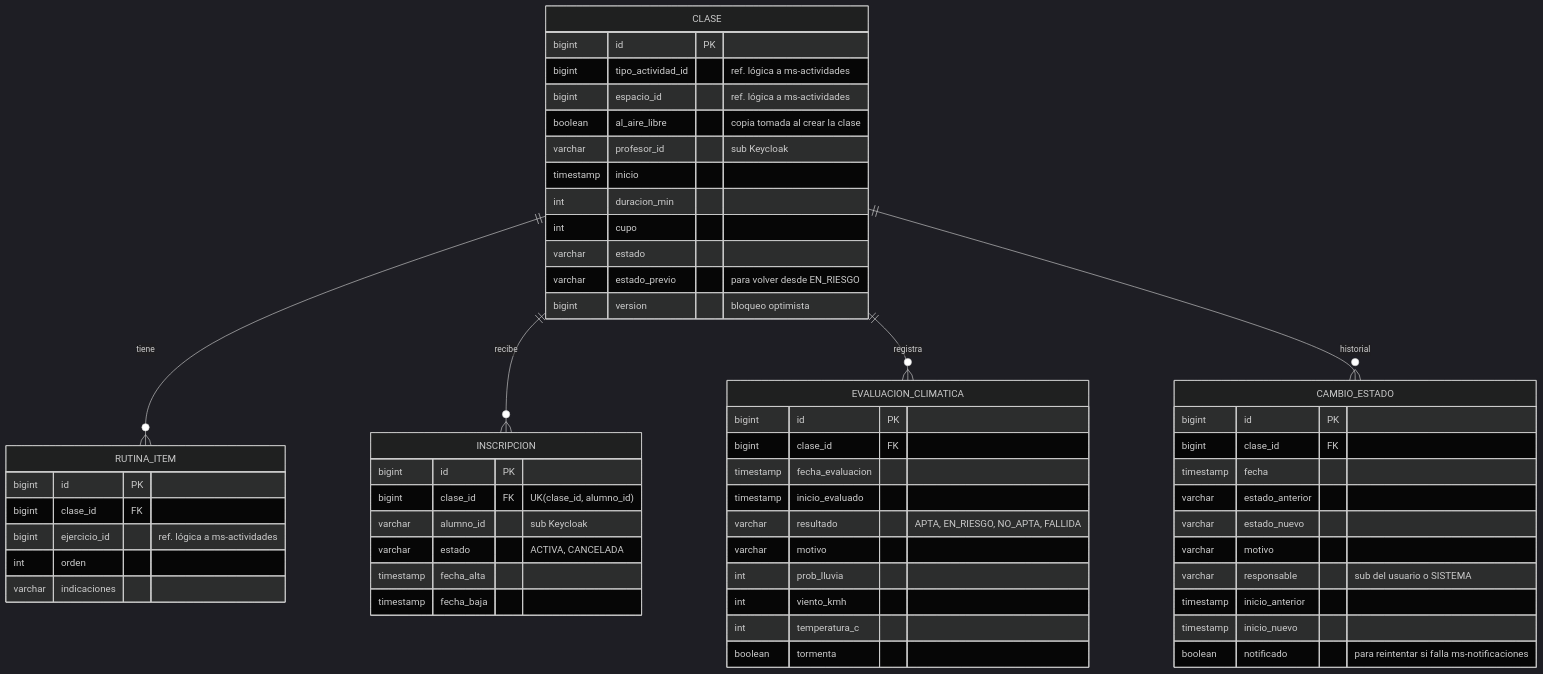
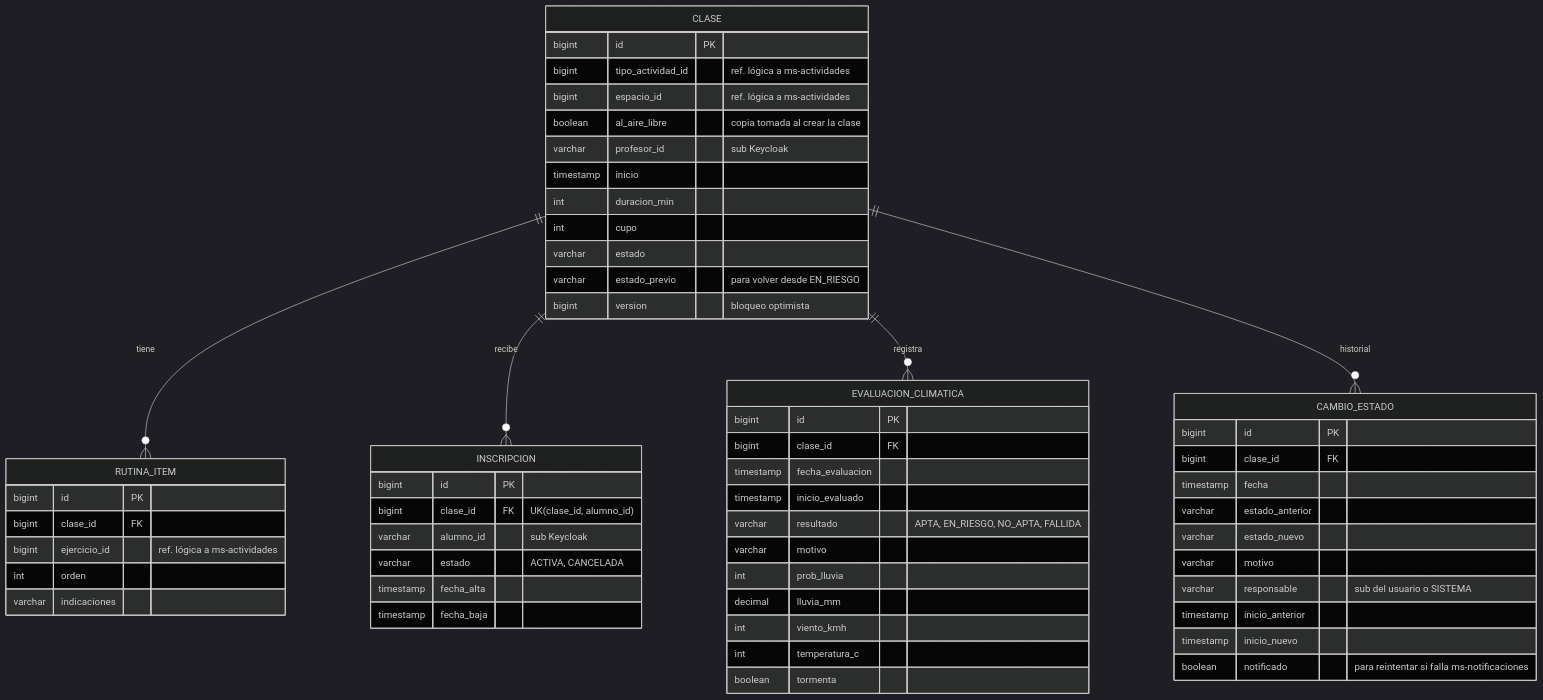
Before and after one commit to tomy91449/climafit: the diagram in docs/diagramas/der-clases.mmd, drawn with Mermaid (dark theme). The commit also changed 77 other files, not shown here.

```diff
--- a/docs/diagramas/der-clases.mmd
+++ b/docs/diagramas/der-clases.mmd
@@ -1,58 +1,59 @@
 %% DER - clases_db (administrada por ms-clases)
 erDiagram
   CLASE {
     bigint id PK
     bigint tipo_actividad_id "ref. lógica a ms-actividades"
     bigint espacio_id "ref. lógica a ms-actividades"
     boolean al_aire_libre "copia tomada al crear la clase"
     varchar profesor_id "sub Keycloak"
     timestamp inicio
     int duracion_min
     int cupo
     varchar estado
     varchar estado_previo "para volver desde EN_RIESGO"
     bigint version "bloqueo optimista"
   }
   RUTINA_ITEM {
     bigint id PK
     bigint clase_id FK
     bigint ejercicio_id "ref. lógica a ms-actividades"
     int orden
     varchar indicaciones
   }
   INSCRIPCION {
     bigint id PK
     bigint clase_id FK "UK(clase_id, alumno_id)"
     varchar alumno_id "sub Keycloak"
     varchar estado "ACTIVA, CANCELADA"
     timestamp fecha_alta
     timestamp fecha_baja
   }
   EVALUACION_CLIMATICA {
     bigint id PK
     bigint clase_id FK
     timestamp fecha_evaluacion
     timestamp inicio_evaluado
     varchar resultado "APTA, EN_RIESGO, NO_APTA, FALLIDA"
     varchar motivo
     int prob_lluvia
+    decimal lluvia_mm
     int viento_kmh
     int temperatura_c
     boolean tormenta
   }
   CAMBIO_ESTADO {
     bigint id PK
     bigint clase_id FK
     timestamp fecha
     varchar estado_anterior
     varchar estado_nuevo
     varchar motivo
     varchar responsable "sub del usuario o SISTEMA"
     timestamp inicio_anterior
     timestamp inicio_nuevo
     boolean notificado "para reintentar si falla ms-notificaciones"
   }
   CLASE ||--o{ RUTINA_ITEM : "tiene"
   CLASE ||--o{ INSCRIPCION : "recibe"
   CLASE ||--o{ EVALUACION_CLIMATICA : "registra"
   CLASE ||--o{ CAMBIO_ESTADO : "historial"
```
